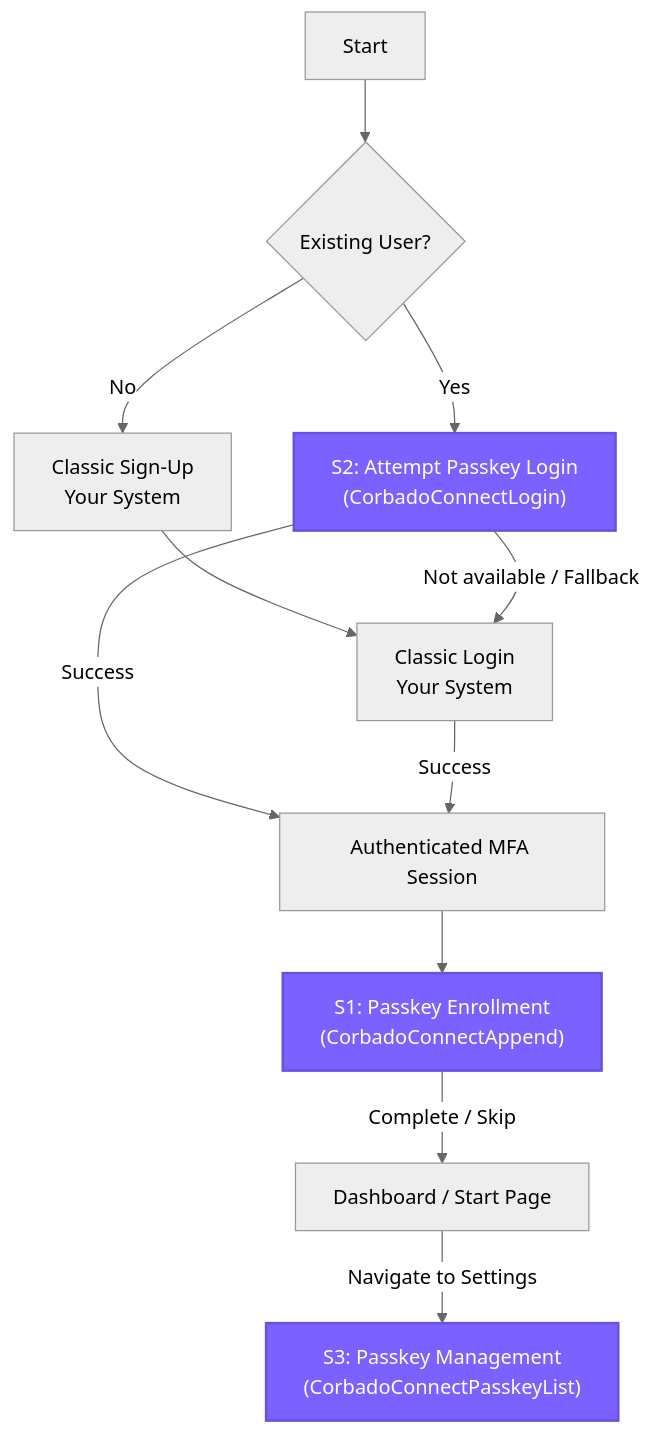
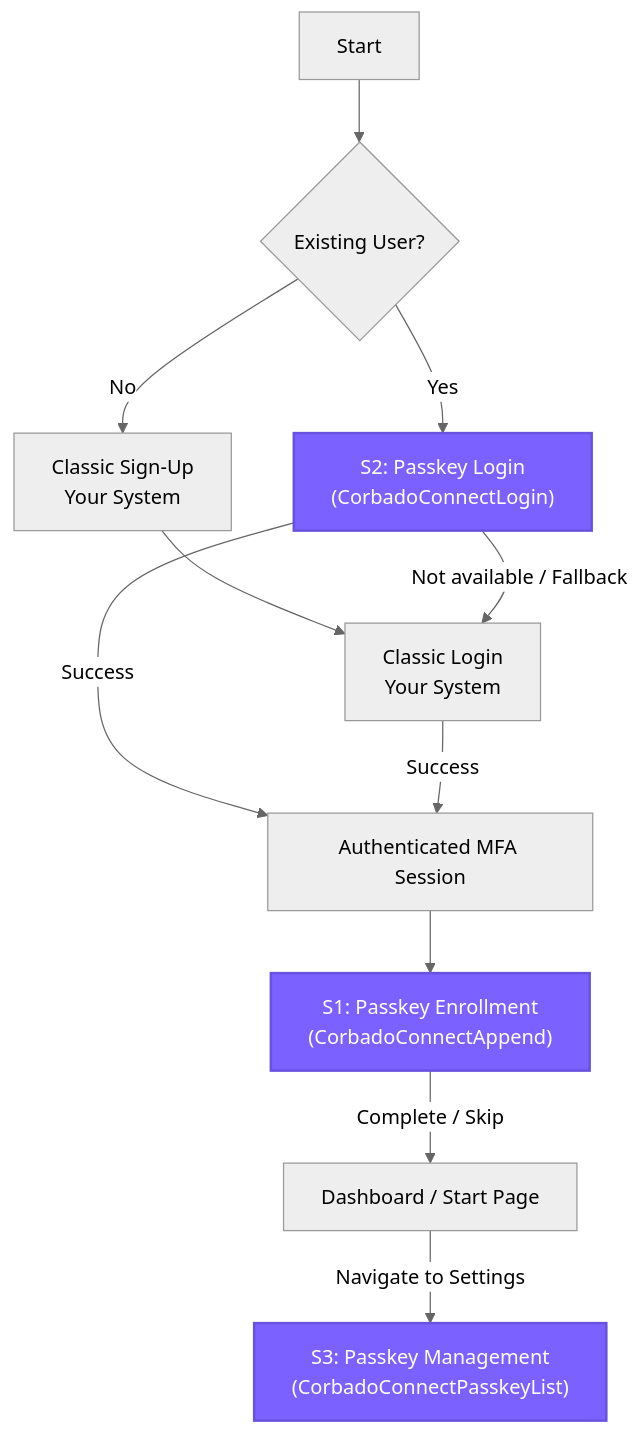
Before and after one commit to corbadotech/docs: the first of 5 diagrams in corbado-connect/integration/generic.mdx, drawn with Mermaid (neutral theme).

Commit message:
optimize corbado connect docs 5

````diff
--- a/corbado-connect/integration/generic.mdx
+++ b/corbado-connect/integration/generic.mdx
@@ -31,16 +31,16 @@
 ```mermaid
 graph TD
     A[Start] --> B{Existing User?};
     B -- No --> C[Classic Sign-Up<br/>Your System];
     C --> D[Classic Login<br/>Your System];
-    B -- Yes --> H["S2: Attempt Passkey Login<br/>(CorbadoConnectLogin)"];
+    B -- Yes --> H["S2: Passkey Login<br/>(CorbadoConnectLogin)"];
     H -- Success --> AuthSession["Authenticated MFA Session"];
     H -- Not available / Fallback --> D;
     D -- Success --> AuthSession;
     AuthSession --> F["S1: Passkey Enrollment<br/>(CorbadoConnectAppend)"];
     F -- "Complete / Skip" --> Dashboard["Dashboard / Start Page"];
     Dashboard -- "Navigate to Settings" --> I["S3: Passkey Management<br/>(CorbadoConnectPasskeyList)"];
 
     classDef corbadoStep fill:#7B61FF,color:#fff,stroke:#6A52E1,stroke-width:2px
     class H,F,I corbadoStep
 ```
````
